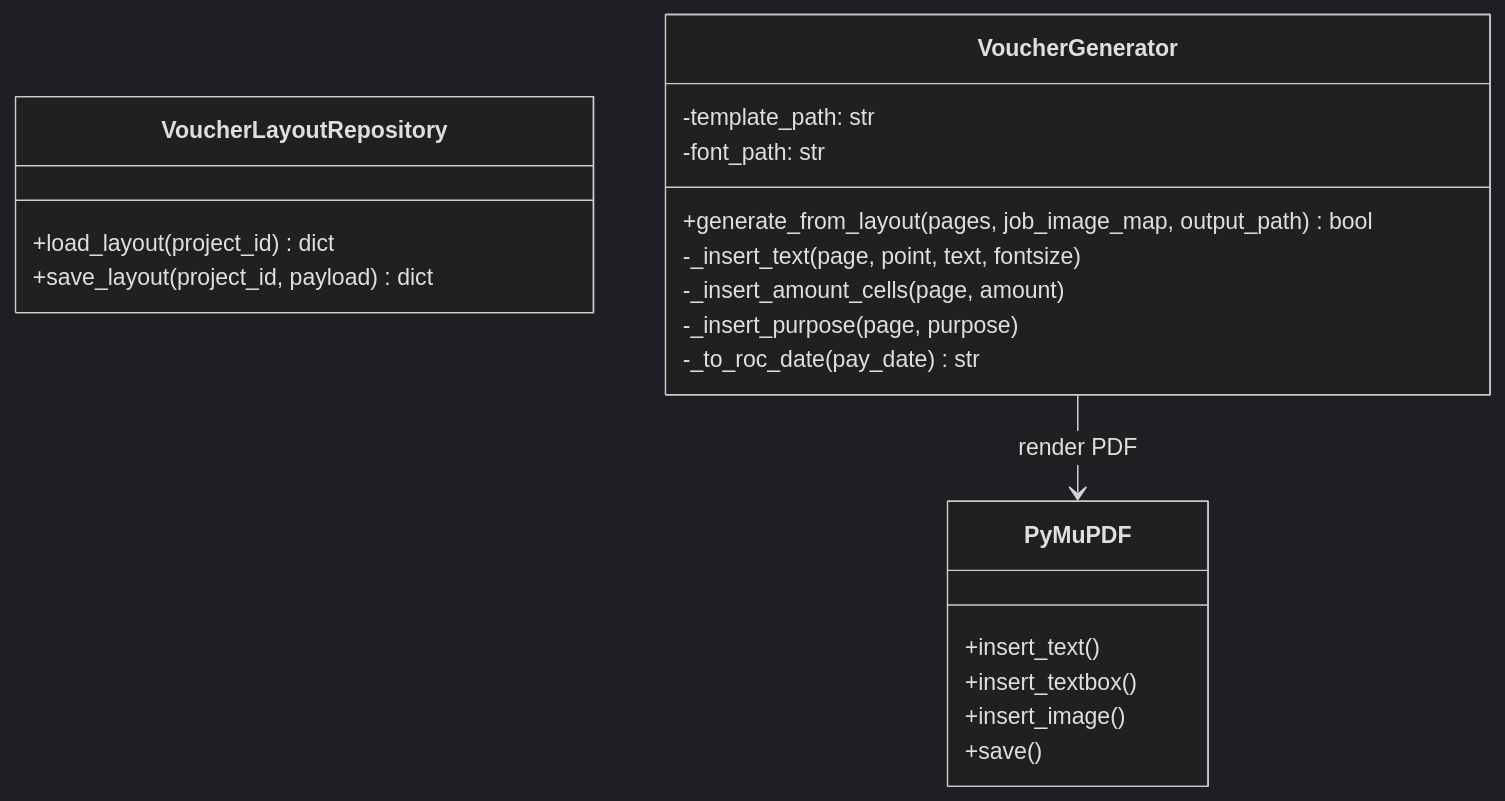
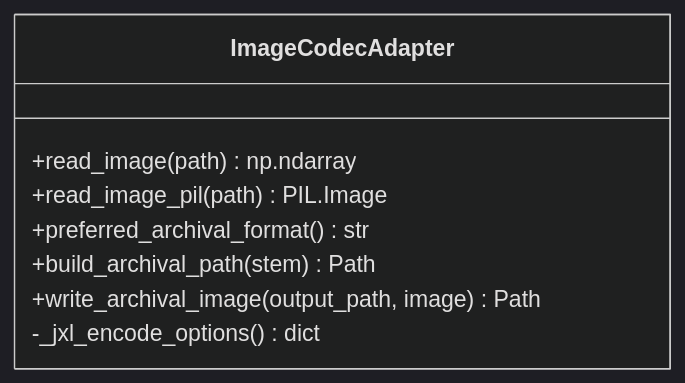
The fourth of 4 diagrams in docs/backend_architecture.md (Alan2O18/InvoSmart), drawn with Mermaid (dark theme) before and after one commit. The commit also changed other lines of this file and 53 other files, not shown here.

First line of the commit message:
feat(v0.0.25): 架構重構 — 3層邊界強制、服務拆分、前端視圖整合

````diff
--- a/docs/backend_architecture.md
+++ b/docs/backend_architecture.md
@@ -141,26 +191,11 @@
 ```mermaid
 classDiagram
-    class VoucherLayoutRepository {
-        +load_layout(project_id) dict
-        +save_layout(project_id, payload) dict
+    class ImageCodecAdapter {
+        +read_image(path) np.ndarray
+        +read_image_pil(path) PIL.Image
+        +preferred_archival_format() str
+        +build_archival_path(stem) Path
+        +write_archival_image(output_path, image) Path
+        -_jxl_encode_options() dict
     }
-
-    class VoucherGenerator {
-        -template_path: str
-        -font_path: str
-        +generate_from_layout(pages, job_image_map, output_path) bool
-        -_insert_text(page, point, text, fontsize)
-        -_insert_amount_cells(page, amount)
-        -_insert_purpose(page, purpose)
-        -_to_roc_date(pay_date) str
-    }
-
-    class PyMuPDF {
-        +insert_text()
-        +insert_textbox()
-        +insert_image()
-        +save()
-    }
-
-    VoucherGenerator --> PyMuPDF : render PDF
 ```
````
